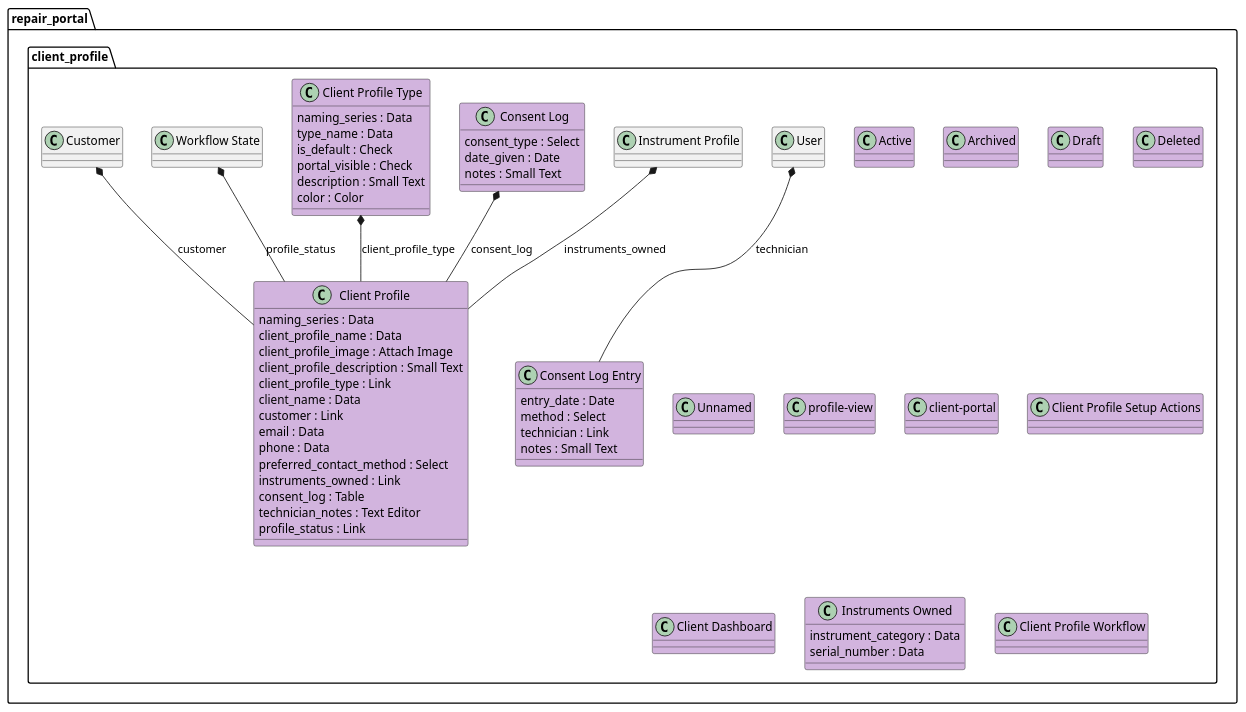
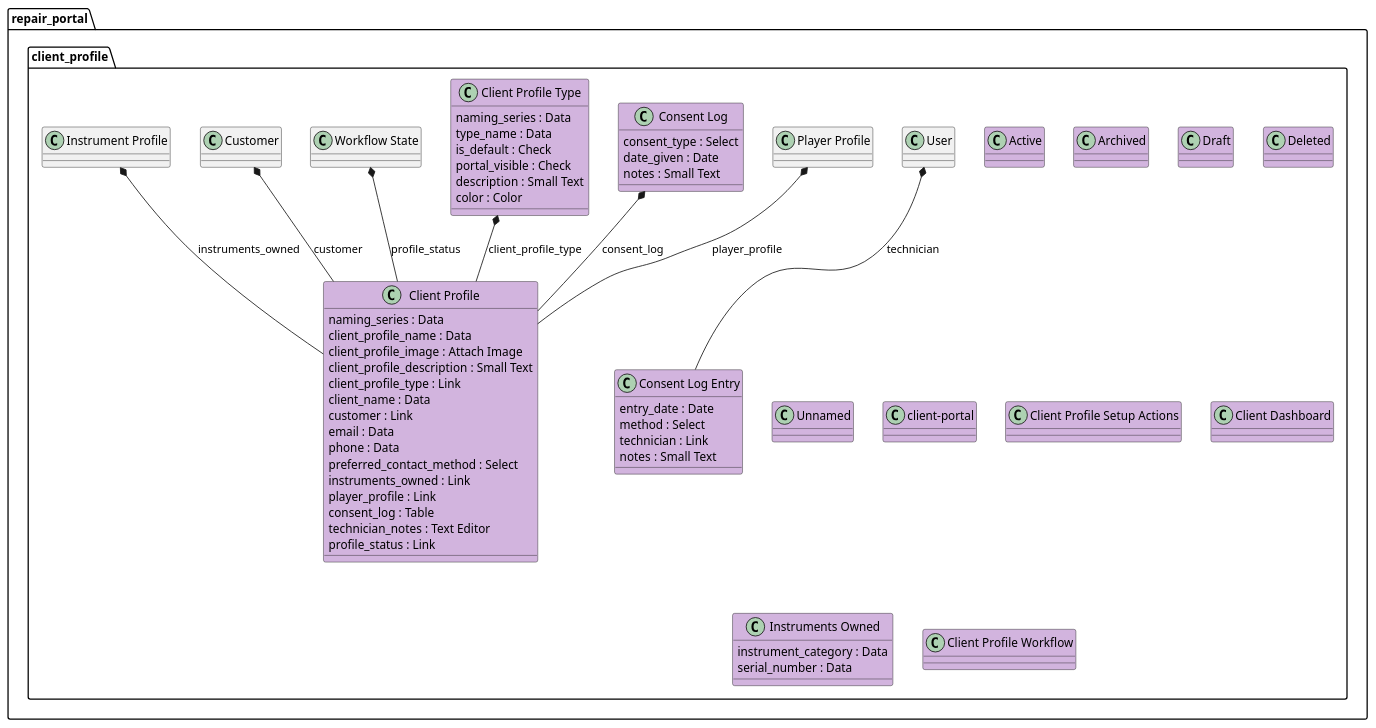
Before and after one commit to ArtisanClarinets/repair_portal: the diagram in fviz/module/repair_portal_client_profile.plantuml, drawn with PlantUML. The commit also changed 56 other files, not shown here.

```diff
--- a/fviz/module/repair_portal_client_profile.plantuml
+++ b/fviz/module/repair_portal_client_profile.plantuml
@@ -1,71 +1,71 @@
 @startuml
 package repair_portal.client_profile <<Folder>> {
 class "Active" #D2B4DE {
 }
 class "Archived" #D2B4DE {
 }
 class "Draft" #D2B4DE {
 }
 class "Deleted" #D2B4DE {
 }
 class "Client Profile" #D2B4DE {
 }
 class "Unnamed" #D2B4DE {
-}
-class "profile-view" #D2B4DE {
 }
 class "client-portal" #D2B4DE {
 }
 class "Client Profile Setup Actions" #D2B4DE {
 }
 class "Client Dashboard" #D2B4DE {
 }
 class "Consent Log" #D2B4DE {
   consent_type : Select
   date_given : Date
   notes : Small Text
 }
 class "Client Profile Type" #D2B4DE {
   naming_series : Data
   type_name : Data
   is_default : Check
   portal_visible : Check
   description : Small Text
   color : Color
 }
 "User" *-- "Consent Log Entry" : technician
 class "Consent Log Entry" #D2B4DE {
   entry_date : Date
   method : Select
   technician : Link
   notes : Small Text
 }
 "Client Profile Type" *-- "Client Profile" : client_profile_type
 "Customer" *-- "Client Profile" : customer
 "Instrument Profile" *-- "Client Profile" : instruments_owned
+"Player Profile" *-- "Client Profile" : player_profile
 "Consent Log" *-- "Client Profile" : consent_log
 "Workflow State" *-- "Client Profile" : profile_status
 class "Client Profile" #D2B4DE {
   naming_series : Data
   client_profile_name : Data
   client_profile_image : Attach Image
   client_profile_description : Small Text
   client_profile_type : Link
   client_name : Data
   customer : Link
   email : Data
   phone : Data
   preferred_contact_method : Select
   instruments_owned : Link
+  player_profile : Link
   consent_log : Table
   technician_notes : Text Editor
   profile_status : Link
 }
 class "Instruments Owned" #D2B4DE {
   instrument_category : Data
   serial_number : Data
 }
 class "Client Profile Workflow" #D2B4DE {
 }
 }
 @enduml
```
